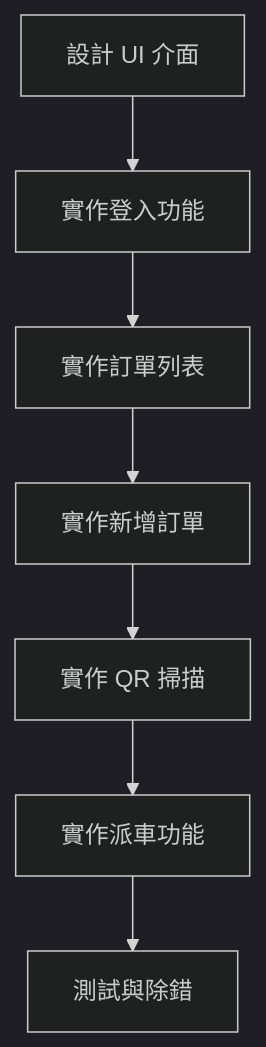
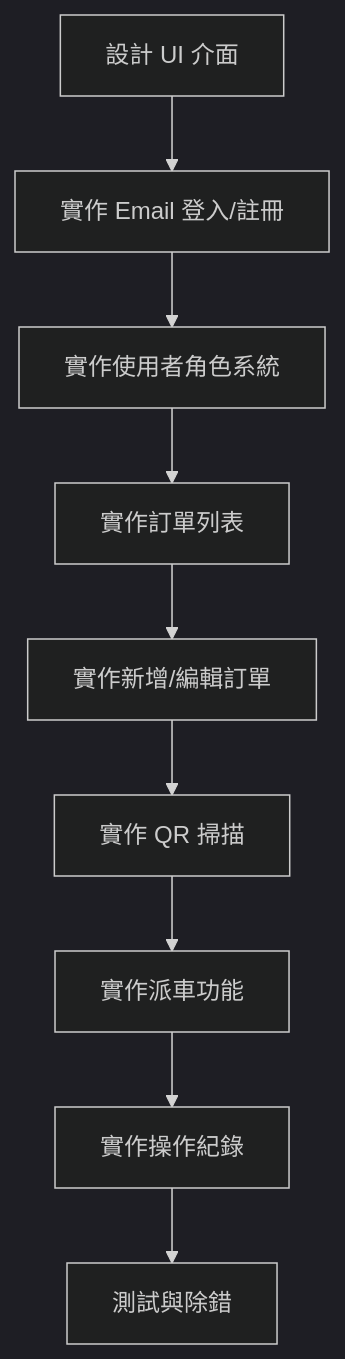
One commit to eric4577599/WH-QR-Code changed the fifth of 11 diagrams in WH-QR-CODE開發設計.md. Above: the diagram before and after it, drawn with Mermaid (dark theme). The commit also changed other lines of this file, not shown here.

````diff
--- a/WH-QR-CODE開發設計.md
+++ b/WH-QR-CODE開發設計.md
@@ -157,9 +173,11 @@
 ```mermaid
 flowchart TB
-    A[設計 UI 介面] --> B[實作登入功能]
-    B --> C[實作訂單列表]
-    C --> D[實作新增訂單]
-    D --> E[實作 QR 掃描]
-    E --> F[實作派車功能]
-    F --> G[測試與除錯]
+    A[設計 UI 介面] --> B[實作 Email 登入/註冊]
+    B --> C[實作使用者角色系統]
+    C --> D[實作訂單列表]
+    D --> E[實作新增/編輯訂單]
+    E --> F[實作 QR 掃描]
+    F --> G[實作派車功能]
+    G --> H[實作操作紀錄]
+    H --> I[測試與除錯]
 ```
````
